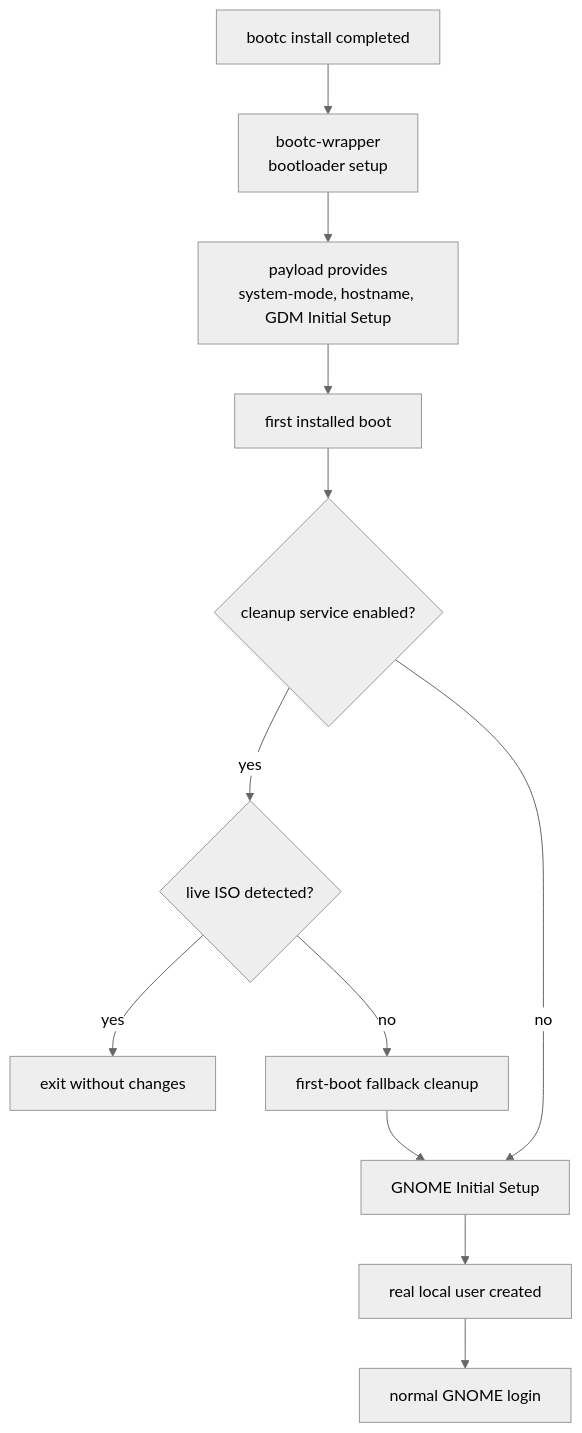
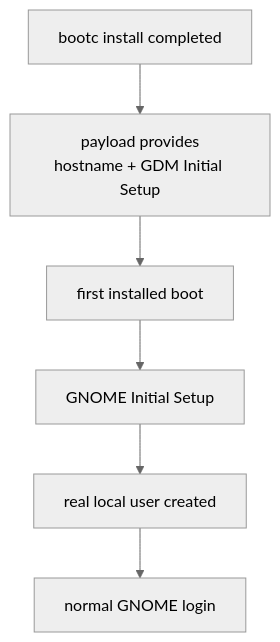
One commit to luminusOS/images changed the ninth of 14 diagrams in ARCHITECTURE.md. Above: the diagram before and after it, drawn with Mermaid (neutral theme). The commit also changed other lines of this file and 48 other files, not shown here.

First line of the commit message:
feat!: migrate the live ISO installer from ReadyMade to Sirius

````diff
--- a/ARCHITECTURE.md
+++ b/ARCHITECTURE.md
@@ -442,22 +426,13 @@
 ```mermaid
 flowchart TD
     InstallDone["bootc install completed"]
-    Bootloader["bootc-wrapper<br/>bootloader setup"]
-    PayloadReady["payload provides<br/>system-mode, hostname, GDM Initial Setup"]
+    PayloadReady["payload provides<br/>hostname + GDM Initial Setup"]
     FirstBoot["first installed boot"]
-    CleanupService{"cleanup service enabled?"}
-    LiveCheck{"live ISO detected?"}
-    Exit["exit without changes"]
-    Fallback["first-boot fallback cleanup"]
     GIS["GNOME Initial Setup"]
     User["real local user created"]
     NormalSession["normal GNOME login"]
 
-    InstallDone --> Bootloader --> PayloadReady --> FirstBoot
-    FirstBoot --> CleanupService
-    CleanupService -->|yes| LiveCheck
-    CleanupService -->|no| GIS
-    LiveCheck -->|yes| Exit
-    LiveCheck -->|no| Fallback --> GIS
+    InstallDone --> PayloadReady --> FirstBoot
+    FirstBoot --> GIS
     GIS --> User --> NormalSession
 ```
````
